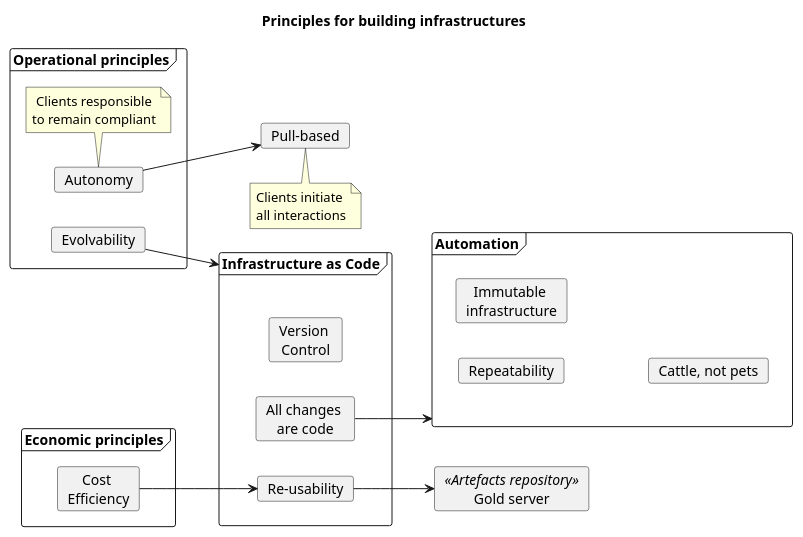
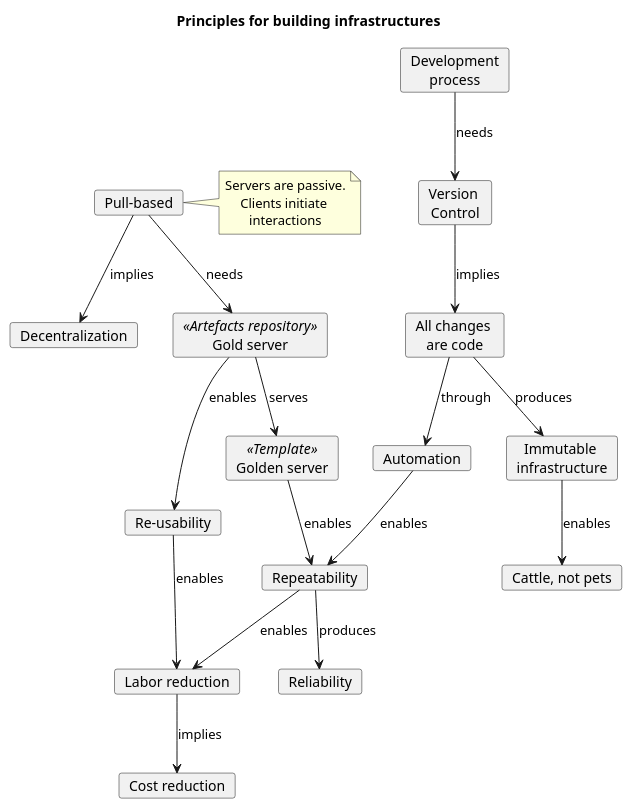
Before and after one commit to pgpbpadilla/pgpbpadilla.github.io: the diagram in _drafts/diagrams/infra-principles.puml, drawn with PlantUML. The commit also changed 1 other file, not shown here.

Commit message:
chg: dev: remove frames, start from key ideas in the article
connect the ideas, trying to avoid too many arrows to the same target
to get a clean diagram

```diff
--- a/_drafts/diagrams/infra-principles.puml
+++ b/_drafts/diagrams/infra-principles.puml
@@ -1,42 +1,41 @@
 @startuml
 
 title Principles for building infrastructures
 
-left to right direction
+'left to right direction
 skinparam defaultTextAlignment center
 
-frame "Economic principles" as econ {
-	card "Cost \nEfficiency" as cost
-}
+card "Automation" as auto
+card "All changes \nare code" as code
+card "Cost reduction" as cost
+card "Cattle, not pets" as cattle
+card "Decentralization" as decenter
+card "Development\nprocess" as dev
+card "Gold server" <<Artefacts repository>> as artefacts
+card "Golden server" <<Template>> as golden
+card "Immutable \ninfrastructure" as ii
+card "Labor reduction" as labor
+card "Pull-based" as pull
+note right: Servers are passive.\nClients initiate \ninteractions
+card "Reliability" as rely
+card "Repeatability" as repeat
+card "Re-usability" as reuse
+card "Version \nControl" as vc
 
-frame "Operational principles" {
-	card "Evolvability" as evol
-	card "Autonomy" as autonomy
-	note bottom: Clients responsible\nto remain compliant
-}
-
-
-frame "Automation" as auto {
-	card "Repeatability" as repeat
-	card "Immutable \ninfrastructure" as ii
-	card "Cattle, not pets" as cattle
-}
-
-card "Pull-based" as pull
-note bottom: Clients initiate \nall interactions
-
-frame "Infrastructure as Code" as iac {
-	card "Version \nControl" as vc
-	card "All changes \nare code" as acac
-	card "Re-usability" as reuse
-}
-
-card "Gold server" <<Artefacts repository>> as artefacts
-
-cost --> reuse
-evol --> iac
-acac --> auto
-autonomy --> pull
-reuse --> artefacts
+artefacts --> golden: serves
+artefacts --> reuse: enables
+auto --> repeat: enables
+code --> ii: produces
+code --> auto: through
+dev --> vc: needs
+golden --> repeat: enables
+ii --> cattle: enables
+labor --> cost: implies
+pull --> artefacts: needs
+pull --> decenter: implies
+repeat --> rely: produces
+repeat --> labor: enables
+reuse --> labor: enables
+vc --> code: implies
 
 @enduml
```
